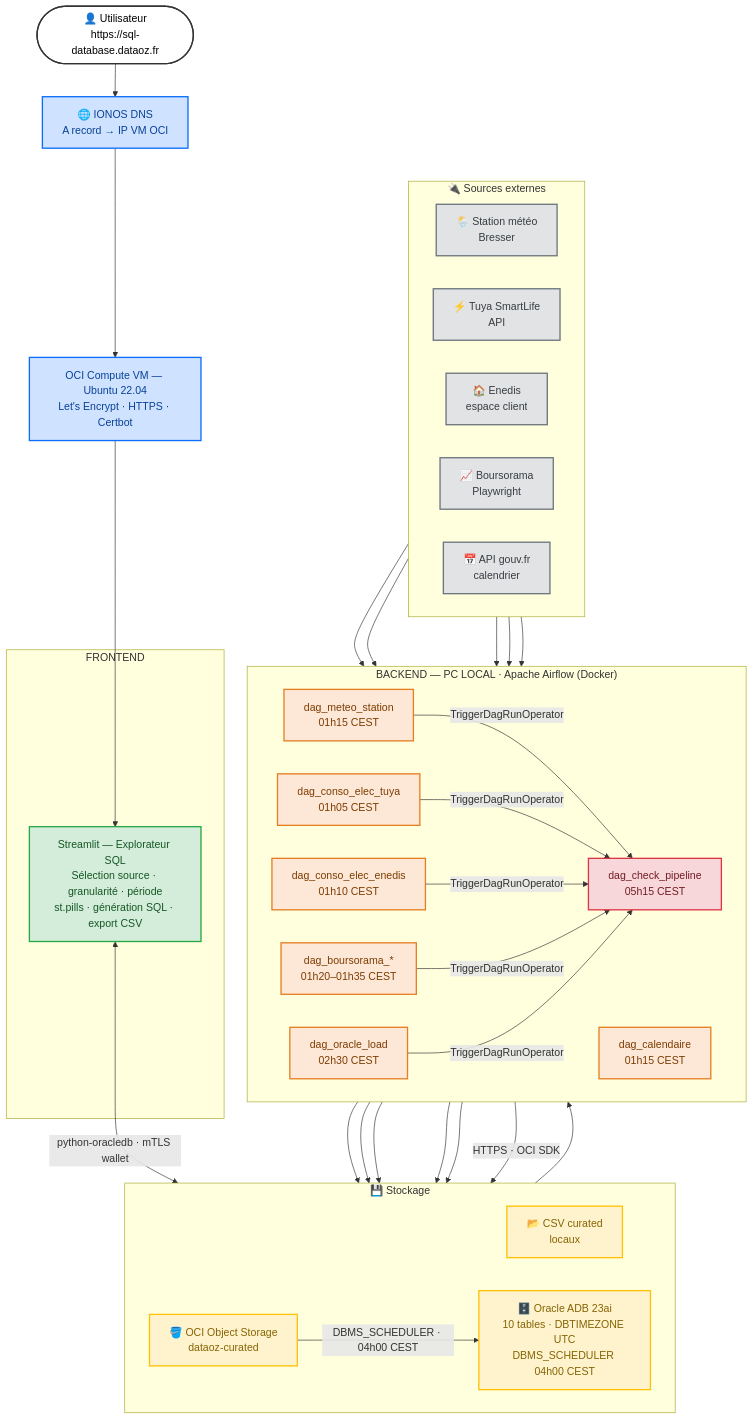
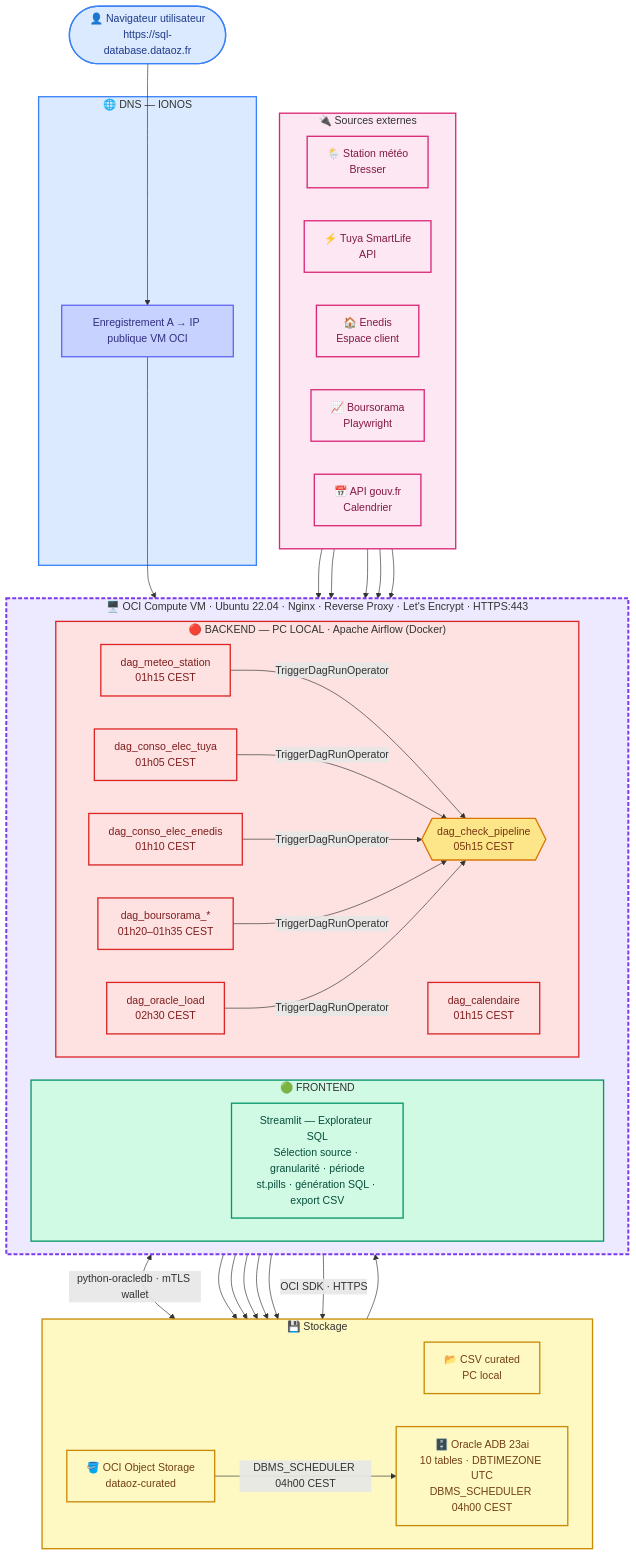
Before and after one commit to licorne2lc/Data-engineering: the diagram in README.md, drawn with Mermaid. The commit also changed other lines of this file, not shown here.

Commit message:
arch: schema par couches (DNS/VM/Frontend-Backend/Stockage/Sources)

````diff
--- a/README.md
+++ b/README.md
@@ -75,48 +75,50 @@
 ```mermaid
 flowchart TD
-    classDef user     fill:#ffffff,stroke:#333333,stroke-width:2px,color:#000000
-    classDef infra    fill:#cfe2ff,stroke:#0d6efd,stroke-width:2px,color:#084298
-    classDef frontend fill:#d4edda,stroke:#28a745,stroke-width:2px,color:#155724
-    classDef backend  fill:#fde8d8,stroke:#e67e22,stroke-width:2px,color:#7d3c00
-    classDef storage  fill:#fff3cd,stroke:#ffc107,stroke-width:2px,color:#856404
-    classDef source   fill:#e2e3e5,stroke:#6c757d,stroke-width:2px,color:#383d41
-    classDef monitor  fill:#f8d7da,stroke:#dc3545,stroke-width:2px,color:#721c24
+    classDef user     fill:#dbeafe,stroke:#3b82f6,stroke-width:2px,color:#1e3a8a
+    classDef infra    fill:#c7d2fe,stroke:#6366f1,stroke-width:2px,color:#312e81
+    classDef frontend fill:#d1fae5,stroke:#059669,stroke-width:2px,color:#064e3b
+    classDef backend  fill:#fee2e2,stroke:#dc2626,stroke-width:2px,color:#7f1d1d
+    classDef monitor  fill:#fde68a,stroke:#d97706,stroke-width:2px,color:#78350f
+    classDef storage  fill:#fef9c3,stroke:#ca8a04,stroke-width:2px,color:#713f12
+    classDef source   fill:#fce7f3,stroke:#db2777,stroke-width:2px,color:#831843
 
-    USER(["👤 Utilisateur
+    USER(["👤 Navigateur utilisateur
 https://sql-database.dataoz.fr"]):::user
-    DNS["🌐 IONOS DNS
-A record → IP VM OCI"]:::infra
-    NGINX["OCI Compute VM — Ubuntu 22.04
-Let's Encrypt · HTTPS · Certbot"]:::infra
 
-    subgraph FRONT["  FRONTEND  "]
-        APP["Streamlit — Explorateur SQL
+    subgraph LAYER_DNS["🌐  DNS — IONOS"]
+        DNS["Enregistrement A → IP publique VM OCI"]:::infra
+    end
+
+    subgraph LAYER_VM["🖥️  OCI Compute VM · Ubuntu 22.04 · Nginx · Reverse Proxy · Let's Encrypt · HTTPS:443"]
+        direction LR
+        subgraph FRONT["🟢  FRONTEND"]
+            APP["Streamlit — Explorateur SQL
 Sélection source · granularité · période
 st.pills · génération SQL · export CSV"]:::frontend
+        end
+        subgraph BACK["🔴  BACKEND  —  PC LOCAL · Apache Airflow (Docker)"]
+            direction LR
+            D1["dag_meteo_station
+01h15 CEST"]:::backend
+            D2["dag_conso_elec_tuya
+01h05 CEST"]:::backend
+            D3["dag_conso_elec_enedis
+01h10 CEST"]:::backend
+            D4["dag_boursorama_*
+01h20–01h35 CEST"]:::backend
+            D5["dag_calendaire
+01h15 CEST"]:::backend
+            D6["dag_oracle_load
+02h30 CEST"]:::backend
+            D7{{"dag_check_pipeline
+05h15 CEST"}}:::monitor
+        end
     end
 
-    subgraph BACK["  BACKEND — PC LOCAL · Apache Airflow (Docker)  "]
-        direction LR
-        D1["dag_meteo_station
-01h15 CEST"]:::backend
-        D2["dag_conso_elec_tuya
-01h05 CEST"]:::backend
-        D3["dag_conso_elec_enedis
-01h10 CEST"]:::backend
-        D4["dag_boursorama_*
-01h20–01h35 CEST"]:::backend
-        D5["dag_calendaire
-01h15 CEST"]:::backend
-        D6["dag_oracle_load
-02h30 CEST"]:::backend
-        D7["dag_check_pipeline
-05h15 CEST"]:::monitor
-    end
-
-    subgraph STORE["  💾 Stockage  "]
+    subgraph LAYER_STORE["💾  Stockage"]
         direction LR
         CSV["📂 CSV curated
-locaux"]:::storage
+PC local"]:::storage
         BUCKET["🪣 OCI Object Storage
 dataoz-curated"]:::storage
         DB["🗄️ Oracle ADB 23ai
@@ -124,21 +126,22 @@
 DBMS_SCHEDULER 04h00 CEST"]:::storage
     end
 
-    subgraph SRC["  🔌 Sources externes  "]
+    subgraph LAYER_SRC["🔌  Sources externes"]
         direction LR
         S1["🌦️ Station météo
 Bresser"]:::source
         S2["⚡ Tuya SmartLife
 API"]:::source
         S3["🏠 Enedis
-espace client"]:::source
+Espace client"]:::source
         S4["📈 Boursorama
 Playwright"]:::source
         S5["📅 API gouv.fr
-calendrier"]:::source
+Calendrier"]:::source
     end
 
-    USER --> DNS --> NGINX --> APP
+    USER --> DNS
+    DNS --> APP
     APP <-->|"python-oracledb · mTLS wallet"| DB
 
     S1 --> D1
@@ -149,8 +152,14 @@
 
     D1 & D2 & D3 & D4 & D5 --> CSV
     CSV --> D6
-    D6 -->|"HTTPS · OCI SDK"| BUCKET
-    BUCKET -->|"DBMS_SCHEDULER · 04h00 CEST"| DB
+    D6 -->|"OCI SDK · HTTPS"| BUCKET
+    BUCKET -->|"DBMS_SCHEDULER 04h00 CEST"| DB
+    D1 & D2 & D3 & D4 & D6 -->|"TriggerDagRunOperator"| D7
 
-    D1 & D2 & D3 & D4 & D6 -->|"TriggerDagRunOperator"| D7
+    style LAYER_DNS   fill:#dbeafe,stroke:#3b82f6,stroke-width:2px
+    style LAYER_VM    fill:#ede9fe,stroke:#7c3aed,stroke-width:3px,stroke-dasharray:6 3
+    style LAYER_STORE fill:#fef9c3,stroke:#ca8a04,stroke-width:2px
+    style LAYER_SRC   fill:#fce7f3,stroke:#db2777,stroke-width:2px
+    style FRONT       fill:#d1fae5,stroke:#059669,stroke-width:2px
+    style BACK        fill:#fee2e2,stroke:#dc2626,stroke-width:2px
 ```
````
